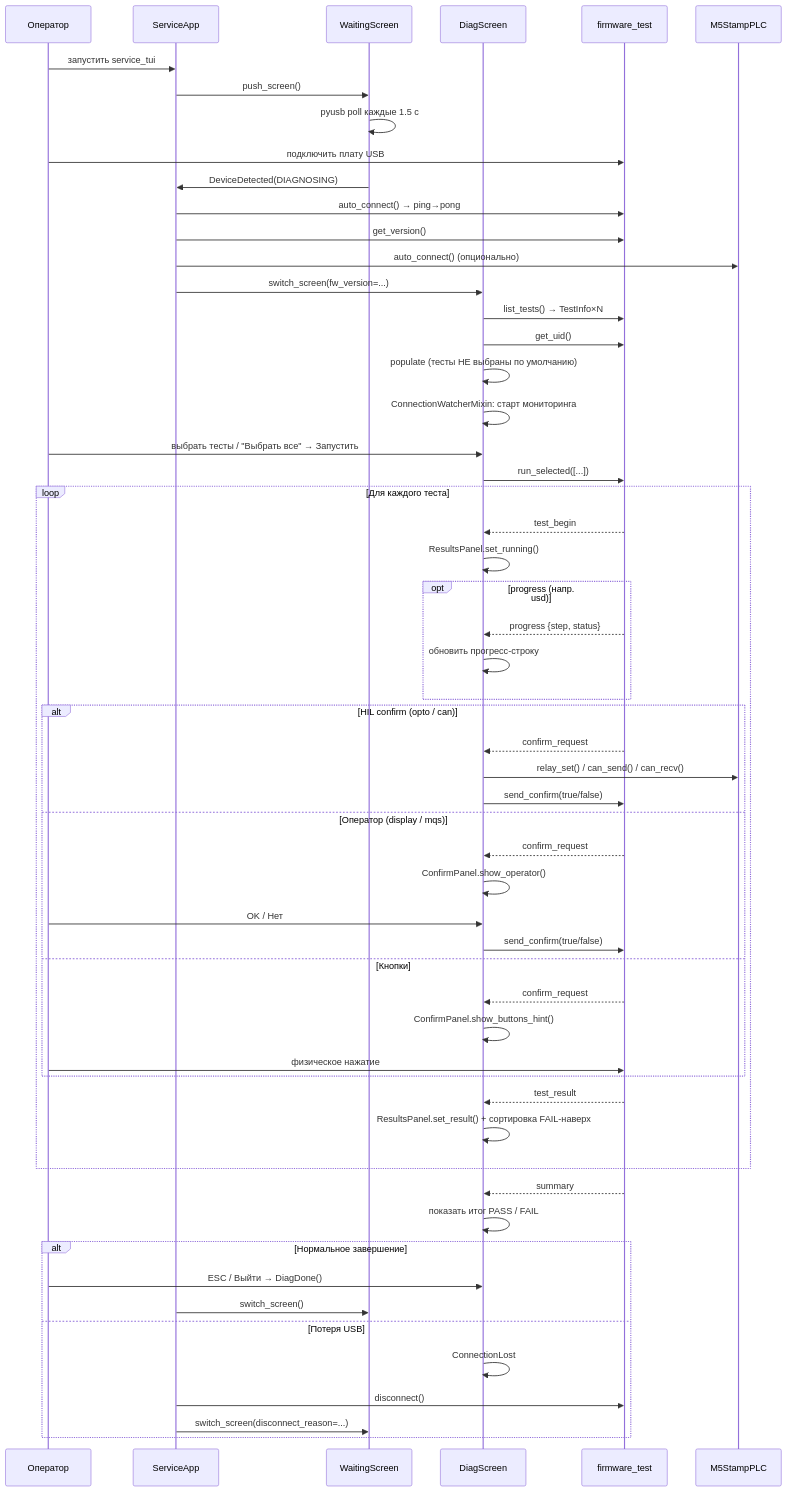
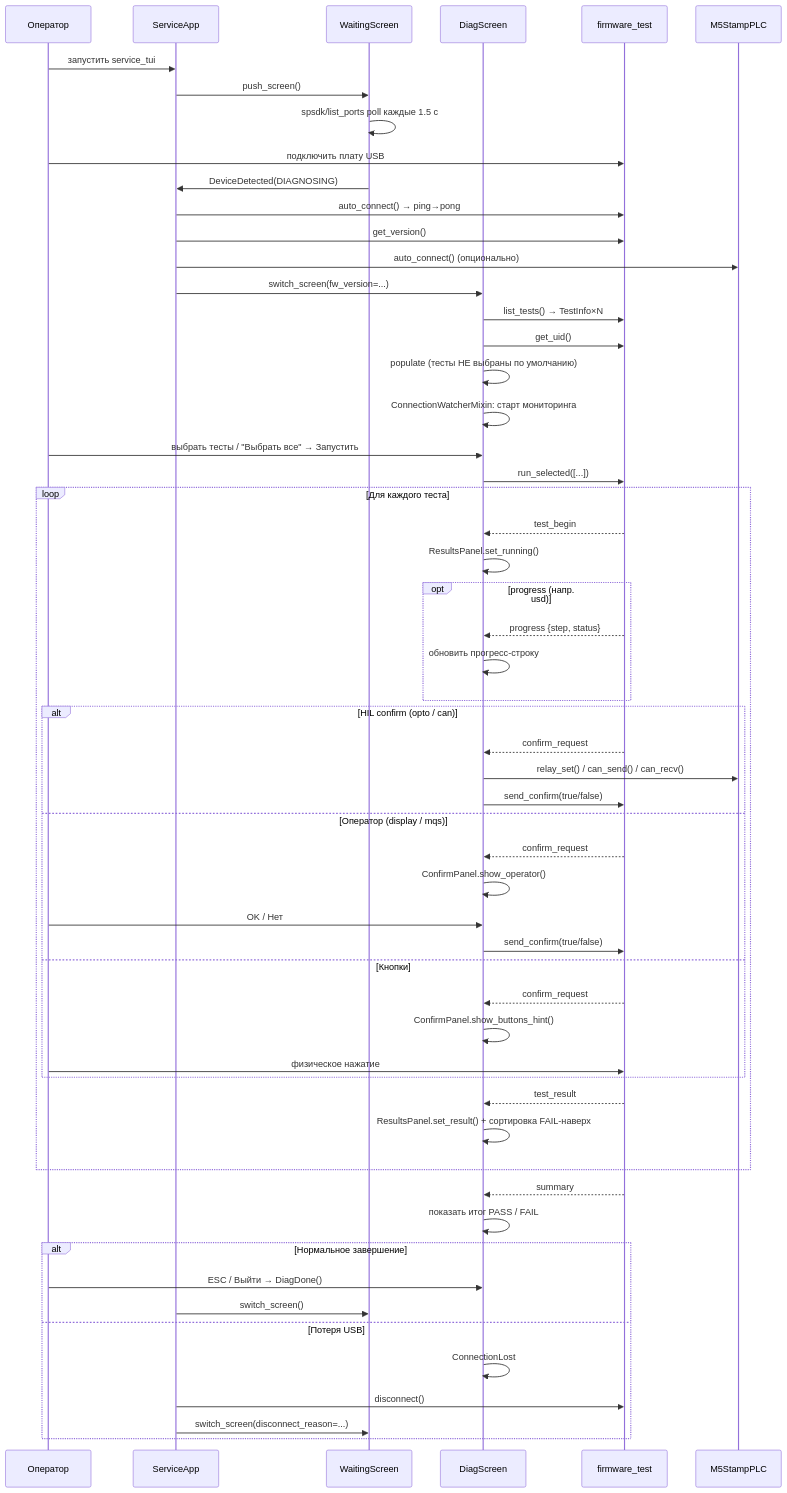
Before and after one commit to OSabuser/tft_manufacture_test: the fifth of 5 diagrams in tools/production/docs/DEV_ARCH.md, drawn with Mermaid. The commit also changed other lines of this file and 15 other files, not shown here.

````diff
--- a/tools/production/docs/DEV_ARCH.md
+++ b/tools/production/docs/DEV_ARCH.md
@@ -403,68 +503,68 @@
 ```mermaid
 sequenceDiagram
     participant OP as Оператор
     participant TUI as ServiceApp
     participant WS as WaitingScreen
     participant DS as DiagScreen
     participant FW as firmware_test
     participant M5 as M5StampPLC
 
     OP->>TUI: запустить service_tui
     TUI->>WS: push_screen()
-    WS->>WS: pyusb poll каждые 1.5 с
+    WS->>WS: spsdk/list_ports poll каждые 1.5 с
 
     OP->>FW: подключить плату USB
     WS->>TUI: DeviceDetected(DIAGNOSING)
     TUI->>FW: auto_connect() → ping→pong
     TUI->>FW: get_version()
     TUI->>M5: auto_connect() (опционально)
     TUI->>DS: switch_screen(fw_version=...)
 
     DS->>FW: list_tests() → TestInfo×N
     DS->>FW: get_uid()
     DS->>DS: populate (тесты НЕ выбраны по умолчанию)
     DS->>DS: ConnectionWatcherMixin: старт мониторинга
 
     OP->>DS: выбрать тесты / "Выбрать все" → Запустить
     DS->>FW: run_selected([...])
 
     loop Для каждого теста
         FW-->>DS: test_begin
         DS->>DS: ResultsPanel.set_running()
 
         opt progress (напр. usd)
             FW-->>DS: progress {step, status}
             DS->>DS: обновить прогресс-строку
         end
 
         alt HIL confirm (opto / can)
             FW-->>DS: confirm_request
             DS->>M5: relay_set() / can_send() / can_recv()
             DS->>FW: send_confirm(true/false)
         else Оператор (display / mqs)
             FW-->>DS: confirm_request
             DS->>DS: ConfirmPanel.show_operator()
             OP->>DS: OK / Нет
             DS->>FW: send_confirm(true/false)
         else Кнопки
             FW-->>DS: confirm_request
             DS->>DS: ConfirmPanel.show_buttons_hint()
             OP->>FW: физическое нажатие
         end
 
         FW-->>DS: test_result
         DS->>DS: ResultsPanel.set_result() + сортировка FAIL-наверх
     end
 
     FW-->>DS: summary
     DS->>DS: показать итог PASS / FAIL
 
     alt Нормальное завершение
         OP->>DS: ESC / Выйти → DiagDone()
         TUI->>WS: switch_screen()
     else Потеря USB
         DS->>DS: ConnectionLost
         TUI->>FW: disconnect()
         TUI->>WS: switch_screen(disconnect_reason=...)
     end
 ```
````
